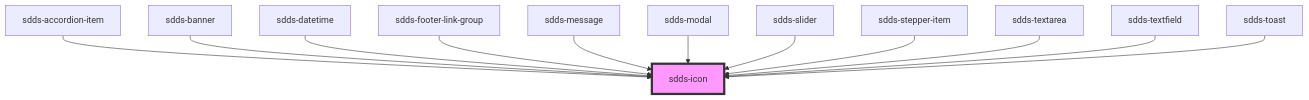
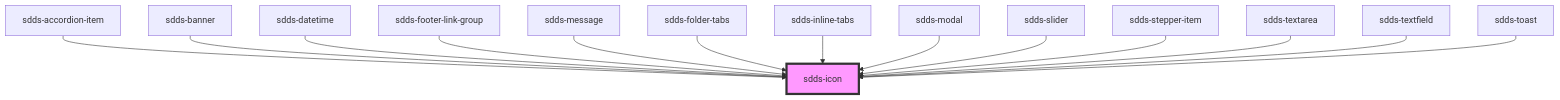
Before and after one commit to scania-digital-design-system/sdds: the diagram in tegel/src/components/icon/readme.md, drawn with Mermaid. The commit also changed other lines of this file and 8 other files, not shown here.

First line of the commit message:
feat(folder tabs): renamed inline to folder tabs and change some logic

````diff
--- a/tegel/src/components/icon/readme.md
+++ b/tegel/src/components/icon/readme.md
@@ -31,15 +33,17 @@
 ```mermaid
 graph TD;
   sdds-accordion-item --> sdds-icon
   sdds-banner --> sdds-icon
   sdds-datetime --> sdds-icon
   sdds-footer-link-group --> sdds-icon
   sdds-message --> sdds-icon
+  sdds-folder-tabs --> sdds-icon
+  sdds-inline-tabs --> sdds-icon
   sdds-modal --> sdds-icon
   sdds-slider --> sdds-icon
   sdds-stepper-item --> sdds-icon
   sdds-textarea --> sdds-icon
   sdds-textfield --> sdds-icon
   sdds-toast --> sdds-icon
   style sdds-icon fill:#f9f,stroke:#333,stroke-width:4px
 ```
````
